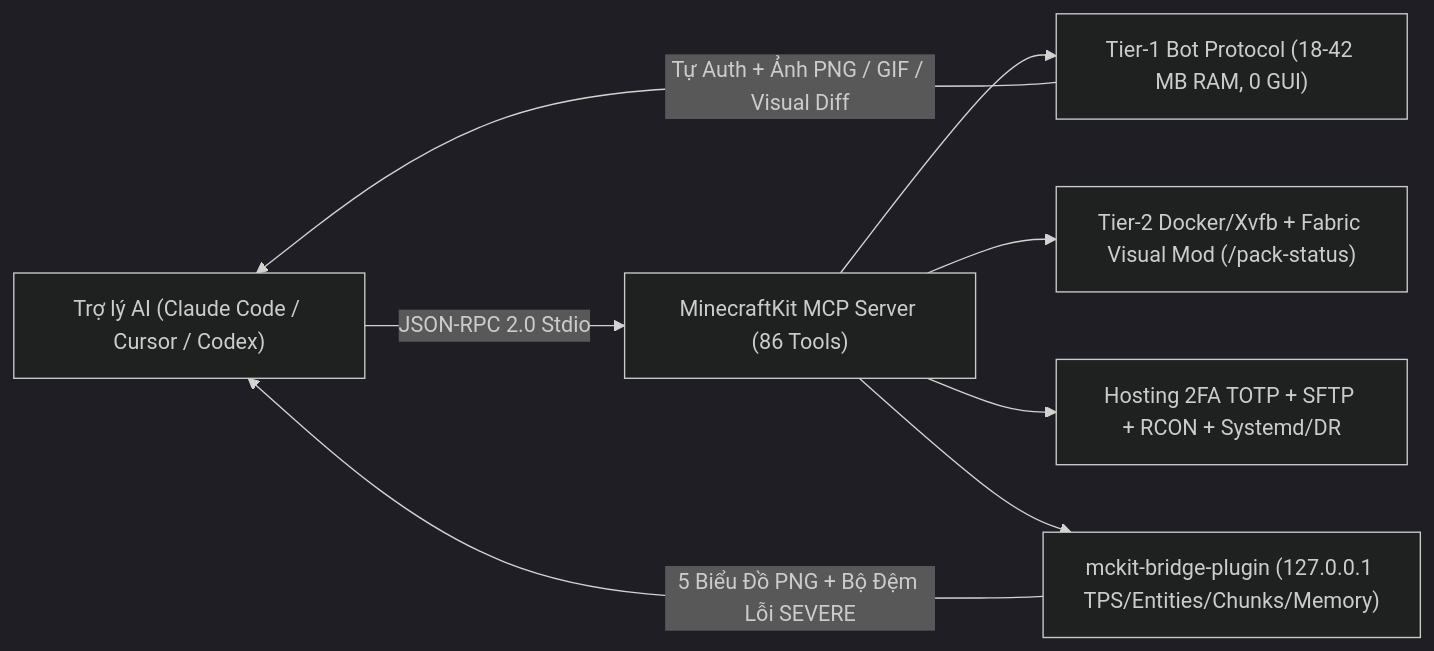
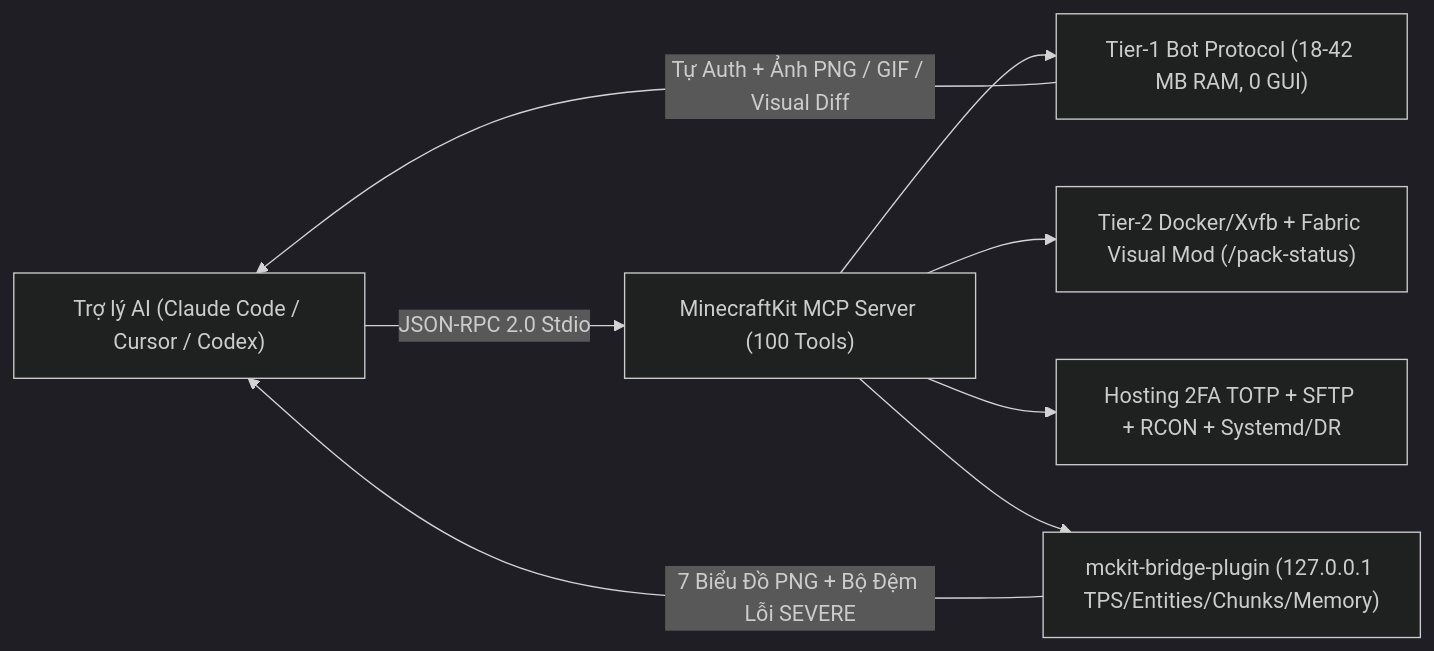
The diagram in README.vi.md (SalyyS1/minecraftkit), drawn with Mermaid (dark theme) before and after one commit. The commit also changed other lines of this file and 15 other files, not shown here.

Commit message:
feat(v8.6.0): Century Edition — reach 100 verified stdio MCP tools + 7th inline PNG chart

````diff
--- a/README.vi.md
+++ b/README.vi.md
@@ -11,10 +11,10 @@
 ```mermaid
 flowchart LR
-  AI["Trợ lý AI (Claude Code / Cursor / Codex)"] -->|JSON-RPC 2.0 Stdio| MCP["MinecraftKit MCP Server (86 Tools)"]
+  AI["Trợ lý AI (Claude Code / Cursor / Codex)"] -->|JSON-RPC 2.0 Stdio| MCP["MinecraftKit MCP Server (100 Tools)"]
   MCP --> BOT["Tier-1 Bot Protocol (18-42 MB RAM, 0 GUI)"]
   MCP --> VIS["Tier-2 Docker/Xvfb + Fabric Visual Mod (/pack-status)"]
   MCP --> OPS["Hosting 2FA TOTP + SFTP + RCON + Systemd/DR"]
   MCP --> BRIDGE["mckit-bridge-plugin (127.0.0.1 TPS/Entities/Chunks/Memory)"]
   BOT -->|Tự Auth + Ảnh PNG / GIF / Visual Diff| AI
-  BRIDGE -->|5 Biểu Đồ PNG + Bộ Đệm Lỗi SEVERE| AI
+  BRIDGE -->|7 Biểu Đồ PNG + Bộ Đệm Lỗi SEVERE| AI
 ```
````
